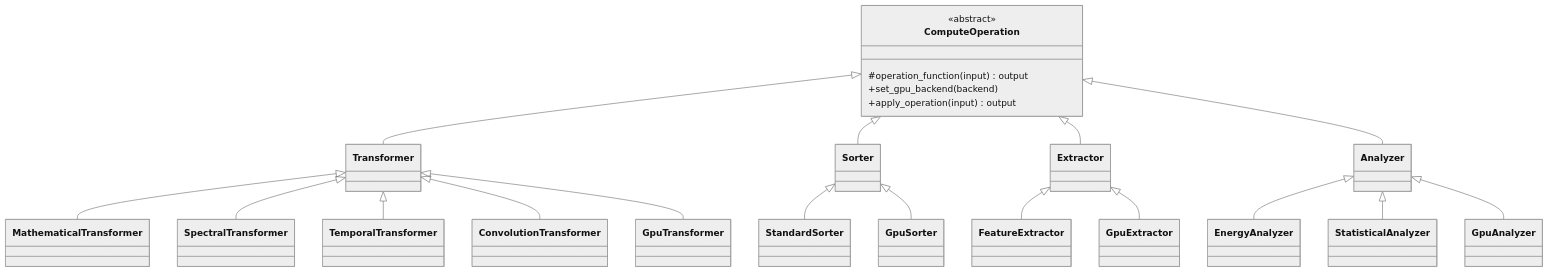
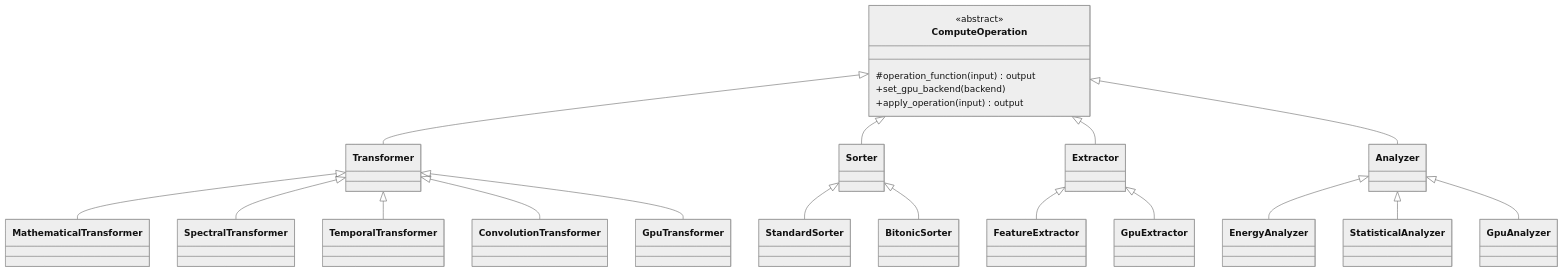
Before and after one commit to MayaFlux/MayaFlux: the ninth of 15 diagrams in docs/GPGPU-Guide.md, drawn with Mermaid (neutral theme). The commit also changed other lines of this file and 5 other files, not shown here.

First line of the commit message:
refactor(yantra): make BitonicSorter the GPU sort and remove GpuSorter

````diff
--- a/docs/GPGPU-Guide.md
+++ b/docs/GPGPU-Guide.md
@@ -547,25 +547,25 @@
 ```mermaid
 classDiagram
     class ComputeOperation {
         <<abstract>>
         #operation_function(input) output
         +set_gpu_backend(backend)
         +apply_operation(input) output
     }
     ComputeOperation <|-- Transformer
     ComputeOperation <|-- Sorter
     ComputeOperation <|-- Extractor
     ComputeOperation <|-- Analyzer
     Transformer <|-- MathematicalTransformer
     Transformer <|-- SpectralTransformer
     Transformer <|-- TemporalTransformer
     Transformer <|-- ConvolutionTransformer
     Transformer <|-- GpuTransformer
     Sorter <|-- StandardSorter
-    Sorter <|-- GpuSorter
+    Sorter <|-- BitonicSorter
     Extractor <|-- FeatureExtractor
     Extractor <|-- GpuExtractor
     Analyzer <|-- EnergyAnalyzer
     Analyzer <|-- StatisticalAnalyzer
     Analyzer <|-- GpuAnalyzer
 ```
````
